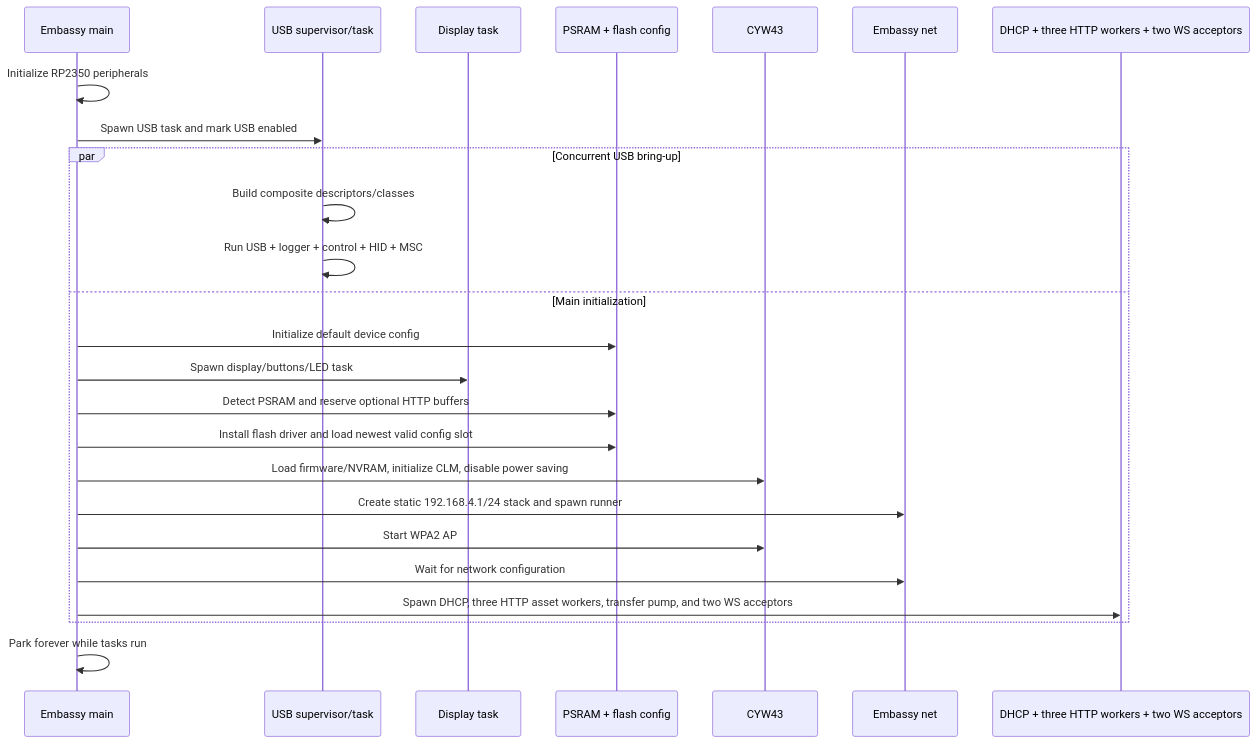
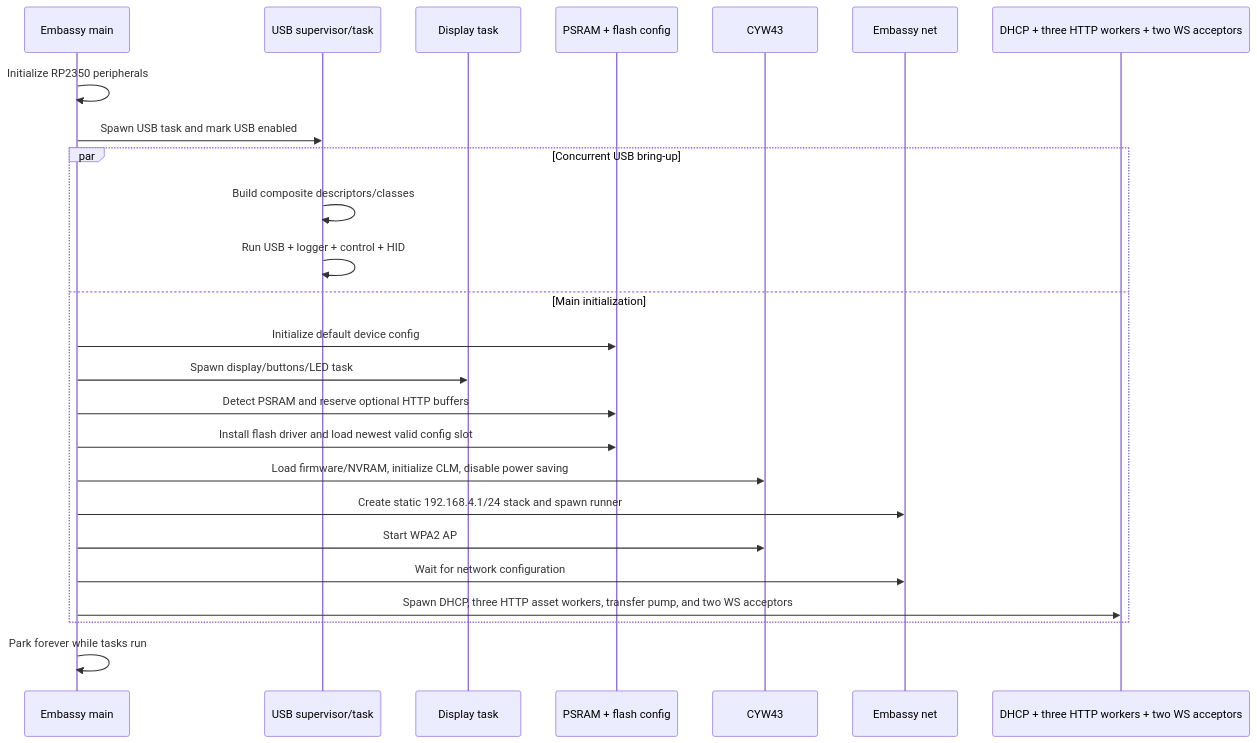
The fourth of 9 diagrams in docs/ARCHITECTURE.md (mapf0000/pico_plus_2w_blinky), drawn with Mermaid before and after one commit. The commit also changed other lines of this file and 15 other files, not shown here.

````diff
--- a/docs/ARCHITECTURE.md
+++ b/docs/ARCHITECTURE.md
@@ -154,28 +153,28 @@
 ```mermaid
 sequenceDiagram
     participant Main as Embassy main
     participant USB as USB supervisor/task
     participant Display as Display task
     participant Storage as PSRAM + flash config
     participant CYW as CYW43
     participant Net as Embassy net
     participant HTTP as DHCP + three HTTP workers + two WS acceptors
 
     Main->>Main: Initialize RP2350 peripherals
     Main->>USB: Spawn USB task and mark USB enabled
     par Concurrent USB bring-up
         USB->>USB: Build composite descriptors/classes
-        USB->>USB: Run USB + logger + control + HID + MSC
+        USB->>USB: Run USB + logger + control + HID
     and Main initialization
         Main->>Storage: Initialize default device config
         Main->>Display: Spawn display/buttons/LED task
         Main->>Storage: Detect PSRAM and reserve optional HTTP buffers
         Main->>Storage: Install flash driver and load newest valid config slot
         Main->>CYW: Load firmware/NVRAM, initialize CLM, disable power saving
         Main->>Net: Create static 192.168.4.1/24 stack and spawn runner
         Main->>CYW: Start WPA2 AP
         Main->>Net: Wait for network configuration
         Main->>HTTP: Spawn DHCP, three HTTP asset workers, transfer pump, and two WS acceptors
     end
     Main->>Main: Park forever while tasks run
 ```
````
